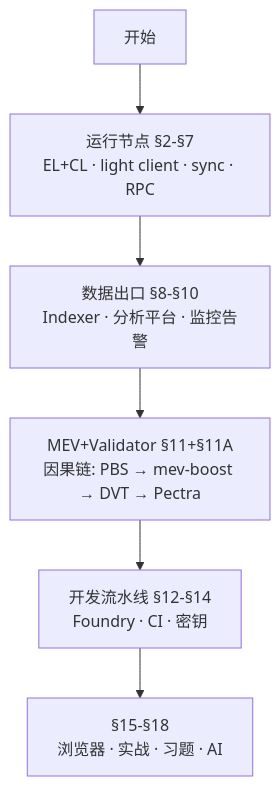
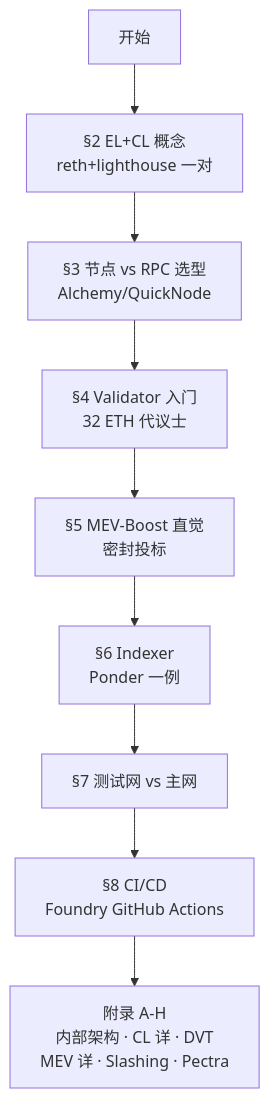
Before and after one commit to ChuwuYo/misc-files: the first of 30 diagrams in web3-engineer-guide/11-基础设施与工具/README.md, drawn with Mermaid. The commit also changed other lines of this file and 211 other files, not shown here.

````diff
--- a/web3-engineer-guide/11-基础设施与工具/README.md
+++ b/web3-engineer-guide/11-基础设施与工具/README.md
@@ -15,8 +15,11 @@
 ```mermaid
 flowchart TD
-    Start[开始] --> Run[运行节点 §2-§7<br/>EL+CL · light client · sync · RPC]
-    Run --> Data[数据出口 §8-§10<br/>Indexer · 分析平台 · 监控告警]
-    Data --> MEV[MEV+Validator §11+§11A<br/>因果链: PBS → mev-boost → DVT → Pectra]
-    MEV --> Dev[开发流水线 §12-§14<br/>Foundry · CI · 密钥]
-    Dev --> Tail[§15-§18<br/>浏览器 · 实战 · 习题 · AI]
+    Start[开始] --> EL[§2 EL+CL 概念<br/>reth+lighthouse 一对]
+    EL --> RPC[§3 节点 vs RPC 选型<br/>Alchemy/QuickNode]
+    RPC --> Val[§4 Validator 入门<br/>32 ETH 代议士]
+    Val --> MEV[§5 MEV-Boost 直觉<br/>密封投标]
+    MEV --> Idx[§6 Indexer<br/>Ponder 一例]
+    Idx --> Net[§7 测试网 vs 主网]
+    Net --> CI[§8 CI/CD<br/>Foundry GitHub Actions]
+    CI --> App[附录 A-H<br/>内部架构 · CL 详 · DVT<br/>MEV 详 · Slashing · Pectra]
 ```
````
